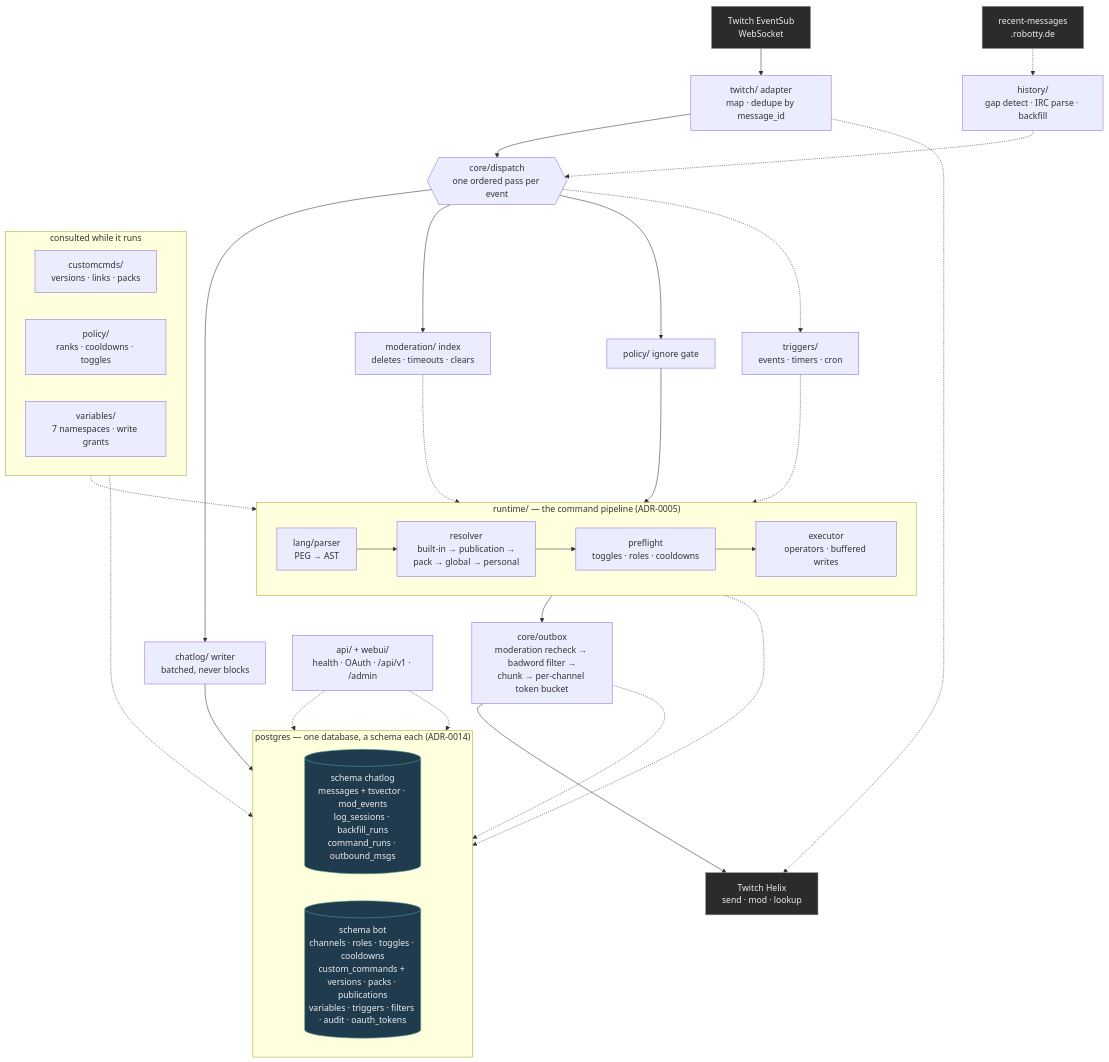
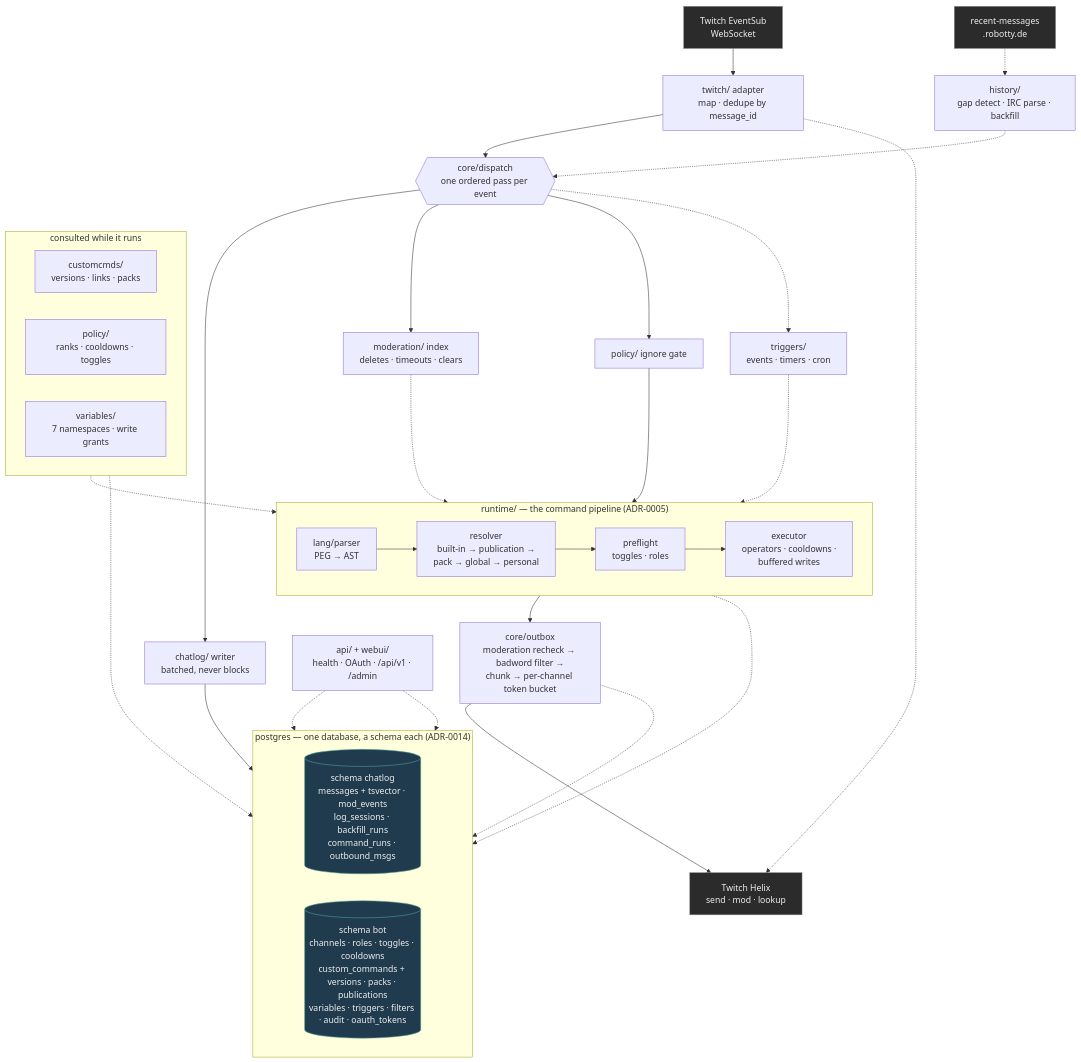
The first of 2 diagrams in docs/architecture.md (vEXOULZ/doomtp-bot), drawn with Mermaid before and after one commit. The commit also changed other lines of this file and 7 other files, not shown here.

````diff
--- a/docs/architecture.md
+++ b/docs/architecture.md
@@ -79,56 +79,56 @@
 ```mermaid
 flowchart TB
     classDef ext fill:#2b2b2b,stroke:#888,color:#eee
     classDef store fill:#1f3b4d,stroke:#5a9,color:#eee
 
     ES["Twitch EventSub<br/>WebSocket"]:::ext
     RM["recent-messages<br/>.robotty.de"]:::ext
 
     ES --> ADP["twitch/ adapter<br/>map · dedupe by message_id"]
     RM -.-> HIST["history/<br/>gap detect · IRC parse · backfill"]
 
     ADP --> DISP{{"core/dispatch<br/>one ordered pass per event"}}
     HIST -.-> DISP
 
     DISP --> LOG["chatlog/ writer<br/>batched, never blocks"]
     DISP --> MOD["moderation/ index<br/>deletes · timeouts · clears"]
     DISP --> IGN["policy/ ignore gate"]
     DISP -.-> TRG["triggers/<br/>events · timers · cron"]
 
     IGN --> RT
     TRG -.-> RT
 
     subgraph RT["runtime/ — the command pipeline (ADR-0005)"]
         direction LR
         PARSE["lang/parser<br/>PEG → AST"] --> RES["resolver<br/>built-in → publication →<br/>pack → global → personal"]
-        RES --> PRE["preflight<br/>toggles · roles · cooldowns"]
-        PRE --> EXEC["executor<br/>operators · buffered writes"]
+        RES --> PRE["preflight<br/>toggles · roles"]
+        PRE --> EXEC["executor<br/>operators · cooldowns ·<br/>buffered writes"]
     end
 
     subgraph SVC["consulted while it runs"]
         direction LR
         CC["customcmds/<br/>versions · links · packs"]
         POL["policy/<br/>ranks · cooldowns · toggles"]
         VAR["variables/<br/>7 namespaces · write grants"]
     end
 
     SVC -.-> RT
     MOD -.-> RT
 
     RT --> OUT["core/outbox<br/>moderation recheck → badword filter →<br/>chunk → per-channel token bucket"]
     OUT --> HX["Twitch Helix<br/>send · mod · lookup"]:::ext
     ADP -.-> HX
 
     LOG --> CHAT
     OUT -.-> CHAT
     RT -.-> CHAT
     SVC -.-> BOT
     API["api/ + webui/<br/>health · OAuth · /api/v1 · /admin"] -.-> BOT
     API -.-> CHAT
 
     subgraph DATA["postgres — one database, a schema each (ADR-0014)"]
         direction LR
         BOT[("schema bot<br/>channels · roles · toggles · cooldowns<br/>custom_commands + versions · packs · publications<br/>variables · triggers · filters · audit · oauth_tokens")]:::store
         CHAT[("schema chatlog<br/>messages + tsvector · mod_events<br/>log_sessions · backfill_runs<br/>command_runs · outbound_msgs")]:::store
     end
 ```
````
